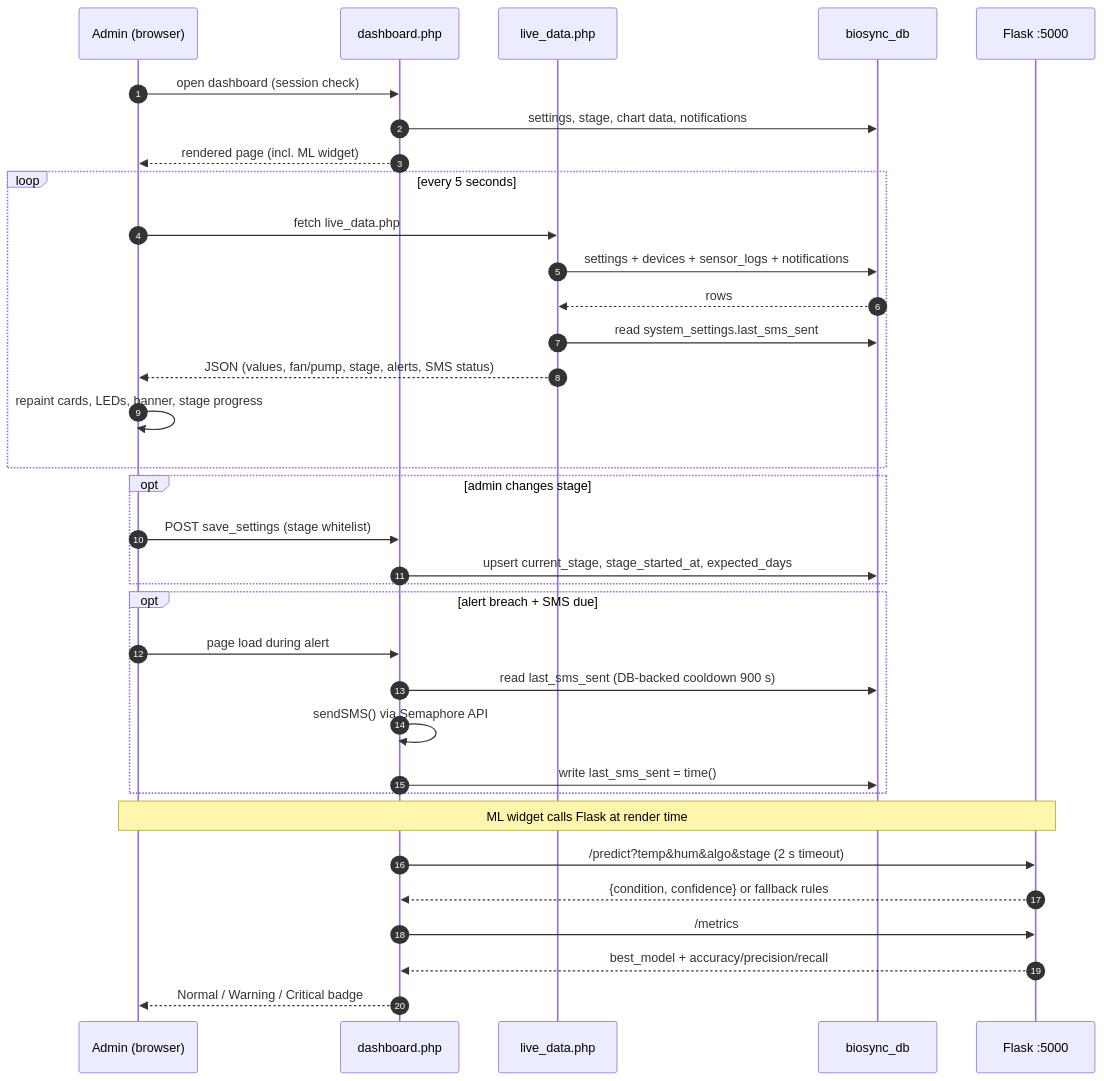
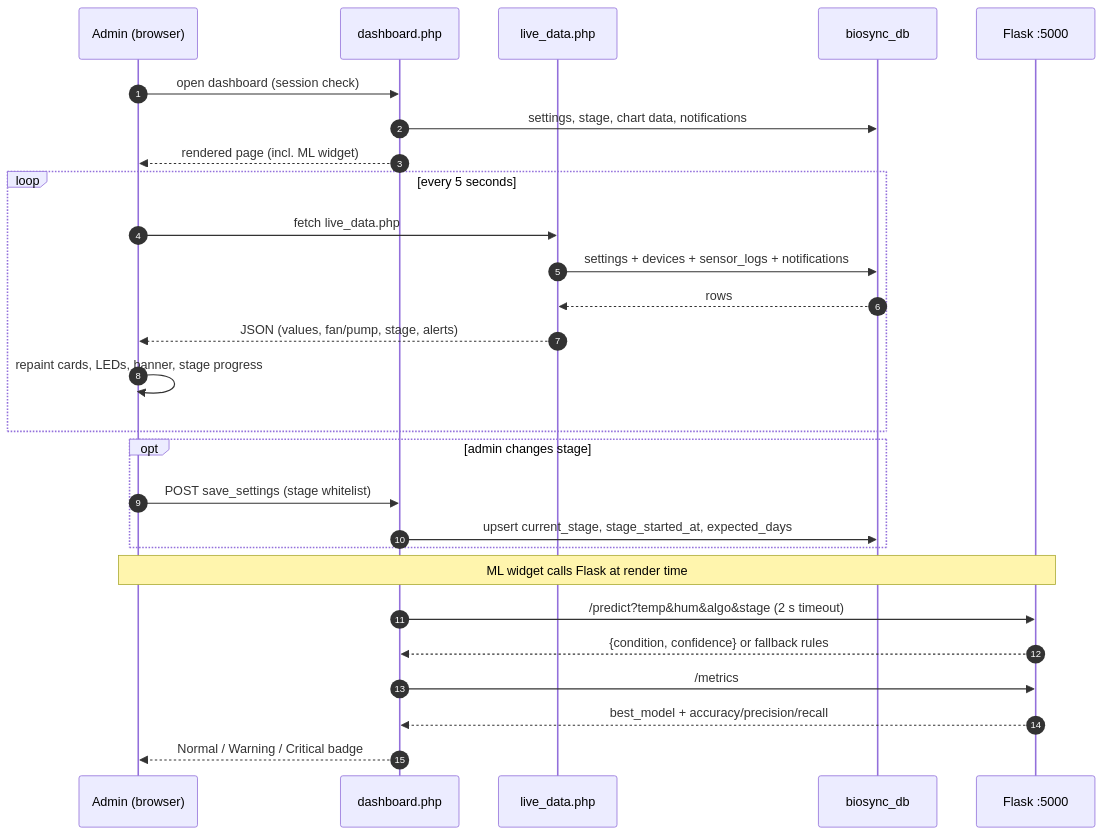
Before and after one commit to austinfeguro-png/mushroomsystem: the third of 4 diagrams in docs/SYSTEM_DIAGRAMS.md, drawn with Mermaid. The commit also changed other lines of this file and 9 other files, not shown here.

````diff
--- a/docs/SYSTEM_DIAGRAMS.md
+++ b/docs/SYSTEM_DIAGRAMS.md
@@ -111,41 +111,33 @@
 ```mermaid
 sequenceDiagram
     autonumber
     participant U as Admin (browser)
     participant DASH as dashboard.php
     participant LIVE as live_data.php
     participant DB as biosync_db
     participant FLASK as Flask :5000
 
     U->>DASH: open dashboard (session check)
     DASH->>DB: settings, stage, chart data, notifications
     DASH-->>U: rendered page (incl. ML widget)
 
     loop every 5 seconds
         U->>LIVE: fetch live_data.php
         LIVE->>DB: settings + devices + sensor_logs + notifications
         DB-->>LIVE: rows
-        LIVE->>DB: read system_settings.last_sms_sent
-        LIVE-->>U: JSON (values, fan/pump, stage, alerts, SMS status)
+        LIVE-->>U: JSON (values, fan/pump, stage, alerts)
         U->>U: repaint cards, LEDs, banner, stage progress
     end
 
     opt admin changes stage
         U->>DASH: POST save_settings (stage whitelist)
         DASH->>DB: upsert current_stage, stage_started_at, expected_days
-    end
-
-    opt alert breach + SMS due
-        U->>DASH: page load during alert
-        DASH->>DB: read last_sms_sent (DB-backed cooldown 900 s)
-        DASH->>DASH: sendSMS() via Semaphore API
-        DASH->>DB: write last_sms_sent = time()
     end
 
     note over U,FLASK: ML widget calls Flask at render time
     DASH->>FLASK: /predict?temp&hum&algo&stage (2 s timeout)
     FLASK-->>DASH: {condition, confidence} or fallback rules
     DASH->>FLASK: /metrics
     FLASK-->>DASH: best_model + accuracy/precision/recall
     DASH-->>U: Normal / Warning / Critical badge
 ```
````
